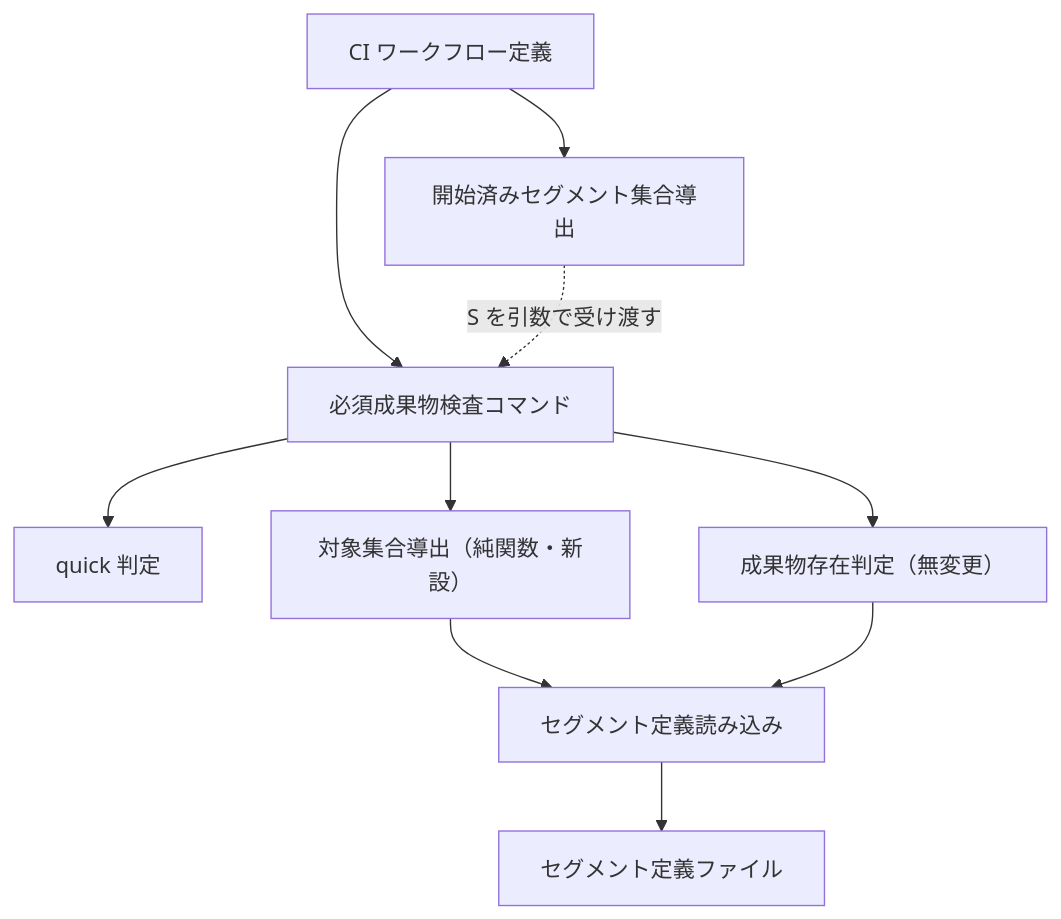
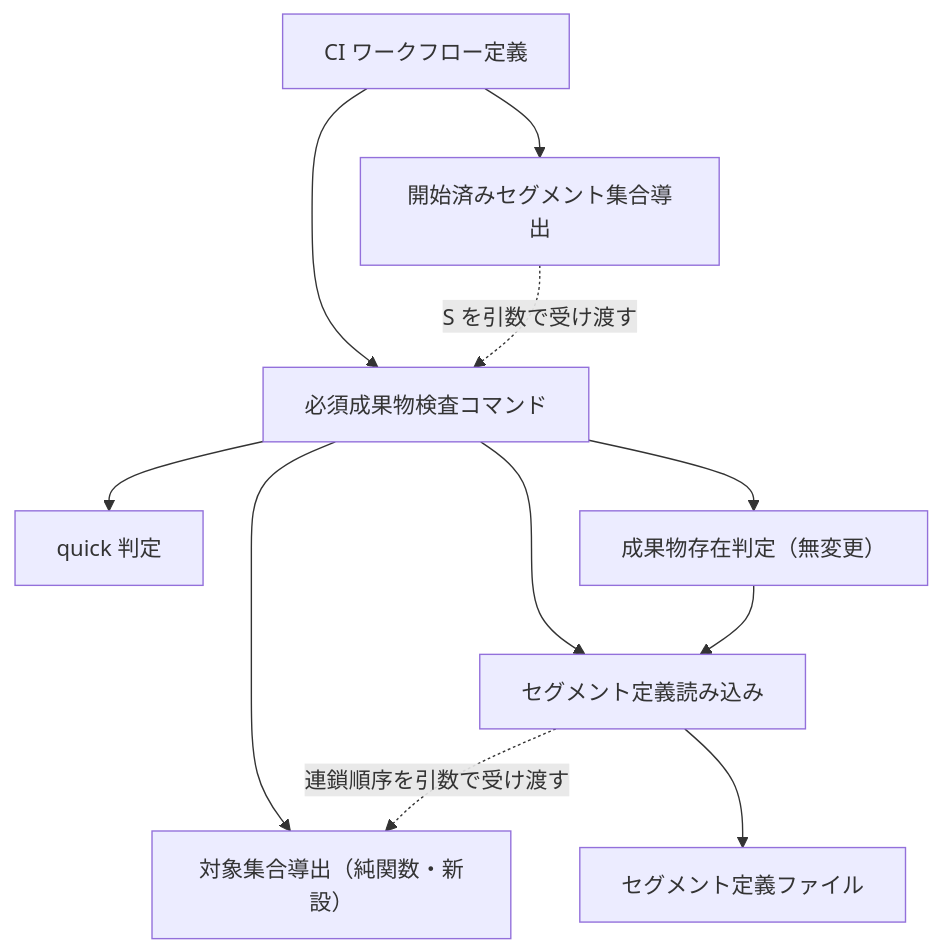
Before and after one commit to techbeansjp-free/AGENTS.md: the diagram in DESIGN.md, drawn with Mermaid. The commit also changed other lines of this file and 2 other files, not shown here.

````diff
--- a/DESIGN.md
+++ b/DESIGN.md
@@ -431,12 +433,13 @@
 ```mermaid
 graph TD
   WF["CI ワークフロー定義"] --> DCS["開始済みセグメント集合導出"]
   WF --> CMD["必須成果物検査コマンド"]
   DCS -. "S を引数で受け渡す" .-> CMD
   CMD --> QM["quick 判定"]
+  CMD --> SEG["セグメント定義読み込み"]
   CMD --> TGT["対象集合導出（純関数・新設）"]
   CMD --> EXI["成果物存在判定（無変更）"]
-  TGT --> SEG["セグメント定義読み込み"]
+  SEG -. "連鎖順序を引数で受け渡す" .-> TGT
   EXI --> SEG
   SEG --> CFG["セグメント定義ファイル"]
 ```
````
